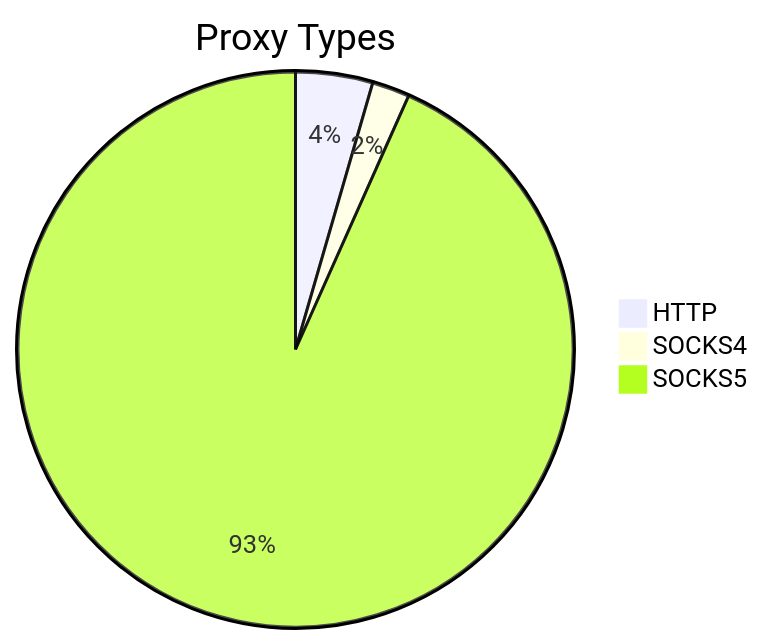
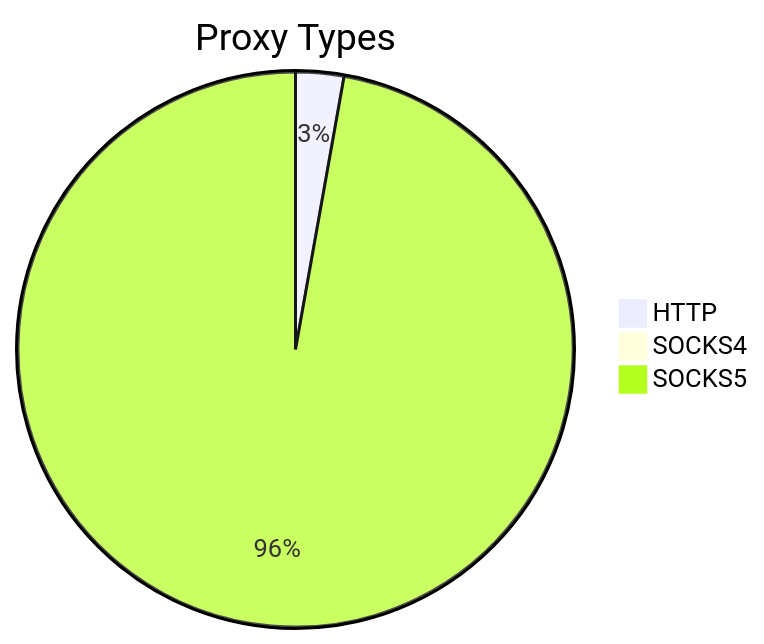
One commit to stormsia/proxy-list changed the first of 2 diagrams in README.md. Above: the diagram before and after it, drawn with Mermaid. The commit also changed other lines of this file, not shown here.

````diff
--- a/README.md
+++ b/README.md
@@ -21,6 +21,6 @@
 ```mermaid
 pie title Proxy Types
-    "HTTP" : 166
-    "SOCKS4" : 81
-    "SOCKS5" : 3451
+    "HTTP" : 140
+    "SOCKS4" : 37
+    "SOCKS5" : 4853
 ```
````
